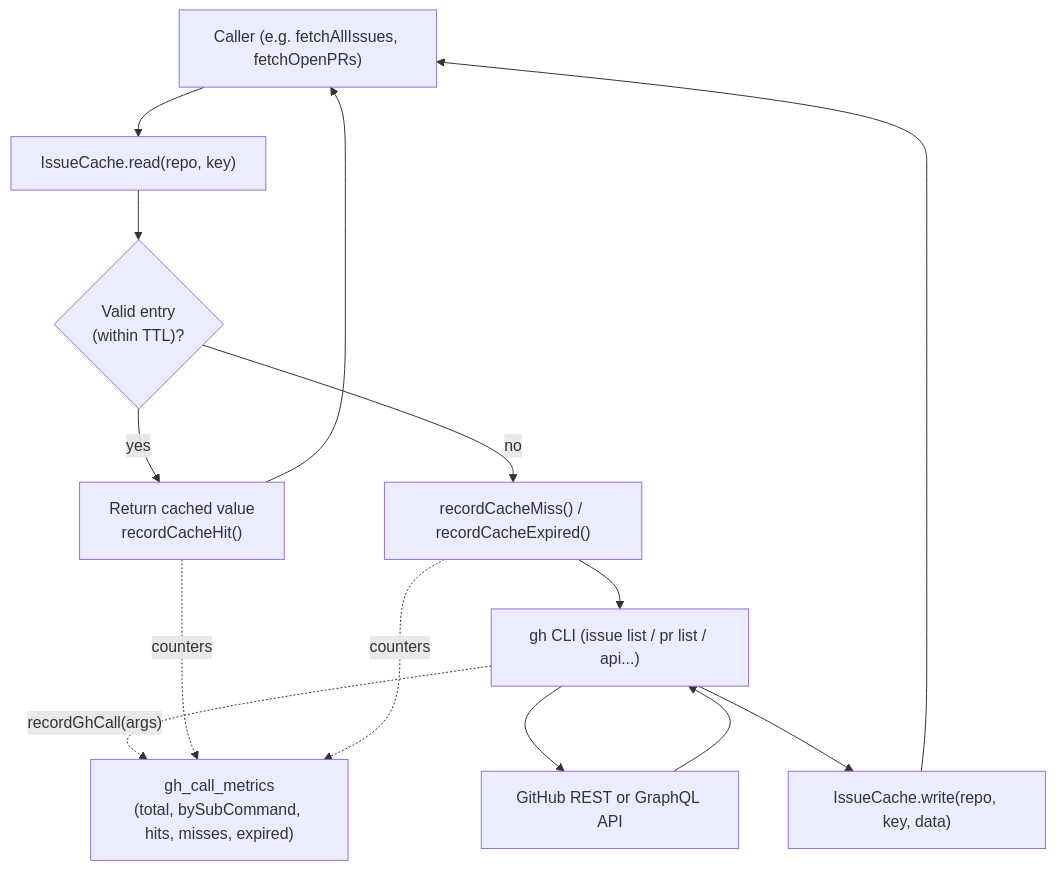
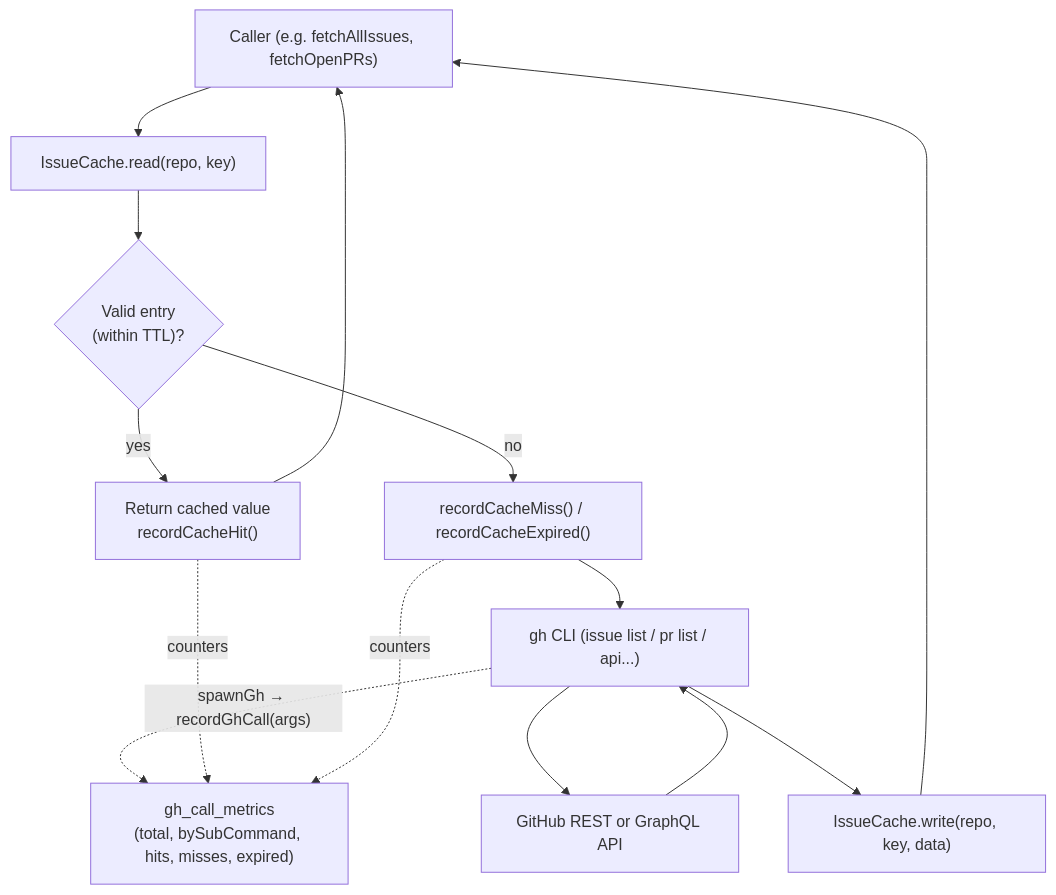
The first of 3 diagrams in docs/GH-API-OPTIMISATION.md (stSoftwareAU/VibeCoder), drawn with Mermaid before and after one commit. The commit also changed other lines of this file and 8 other files, not shown here.

````diff
--- a/docs/GH-API-OPTIMISATION.md
+++ b/docs/GH-API-OPTIMISATION.md
@@ -40,19 +40,19 @@
 ```mermaid
 flowchart TD
     caller["Caller (e.g. fetchAllIssues, fetchOpenPRs)"]
     cache["IssueCache.read(repo, key)"]
     valid{"Valid entry<br/>(within TTL)?"}
     hit["Return cached value<br/>recordCacheHit()"]
     miss["recordCacheMiss() / recordCacheExpired()"]
     gh["gh CLI (issue list / pr list / api...)"]
     api["GitHub REST or GraphQL API"]
     write["IssueCache.write(repo, key, data)"]
     metrics["gh_call_metrics<br/>(total, bySubCommand, hits, misses, expired)"]
 
     caller --> cache --> valid
     valid -- yes --> hit --> caller
     valid -- no --> miss --> gh --> api --> gh --> write --> caller
-    gh -. recordGhCall(args).-> metrics
+    gh -. "spawnGh → recordGhCall(args)" .-> metrics
     hit -. counters.-> metrics
     miss -. counters.-> metrics
 ```
````
